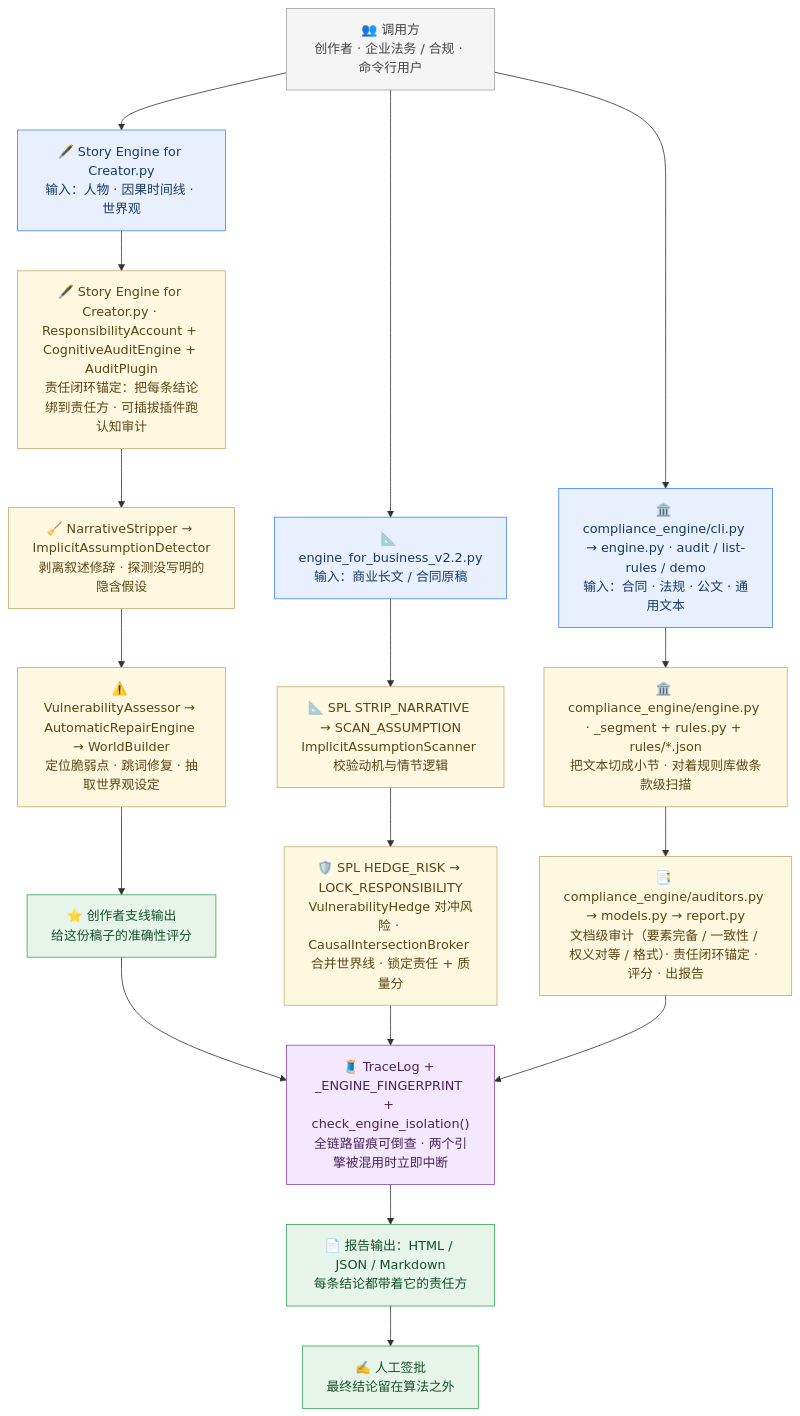
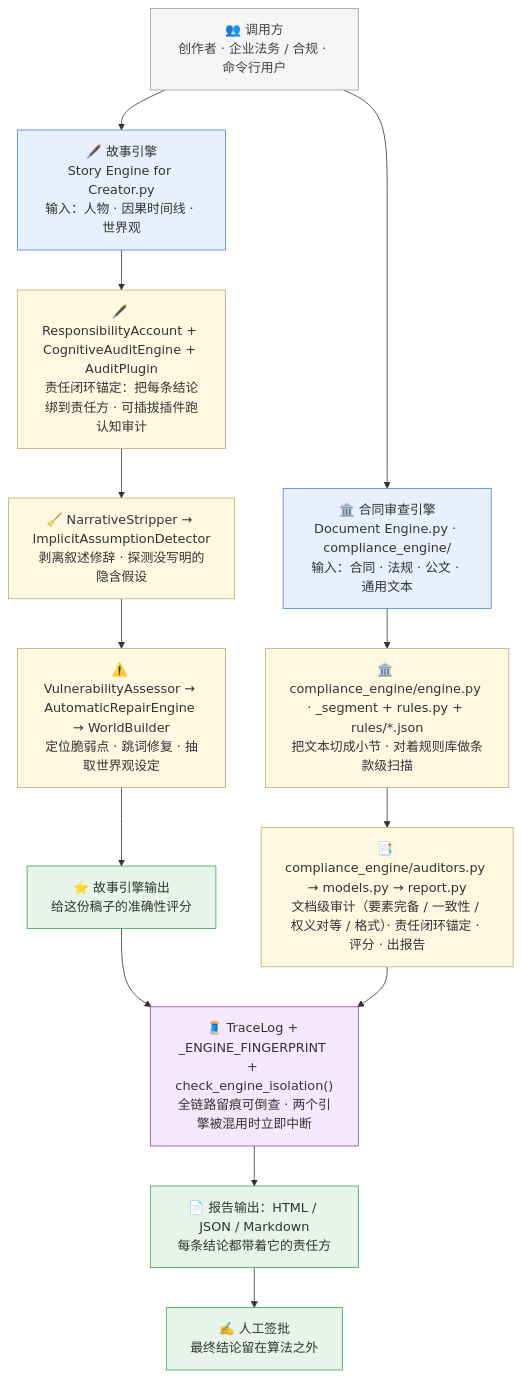
Before and after one commit to nohn3043-arch/ducument-engine: the diagram in README-zh.md, drawn with Mermaid. The commit also changed other lines of this file and 1 other file, not shown here.

Commit message:
docs: restructure README as one repo with two engines (Story Engine + Document Review Engine); remove dead references to engine for business.py

````diff
--- a/README-zh.md
+++ b/README-zh.md
@@ -43,50 +44,42 @@
 ```mermaid
 flowchart TB
     UP["👥 调用方<br/>创作者 · 企业法务 / 合规 · 命令行用户"]
 
-    CIN["🖋️ Story Engine for Creator.py<br/>输入：人物 · 因果时间线 · 世界观"]
-    C1["🖋️ Story Engine for Creator.py · ResponsibilityAccount + CognitiveAuditEngine + AuditPlugin<br/>责任闭环锚定：把每条结论绑到责任方 · 可插拔插件跑认知审计"]
+    CIN["🖋️ 故事引擎<br/>Story Engine for Creator.py<br/>输入：人物 · 因果时间线 · 世界观"]
+    C1["🖋️ ResponsibilityAccount + CognitiveAuditEngine + AuditPlugin<br/>责任闭环锚定：把每条结论绑到责任方 · 可插拔插件跑认知审计"]
     C2["🧹 NarrativeStripper → ImplicitAssumptionDetector<br/>剥离叙述修辞 · 探测没写明的隐含假设"]
     C3["⚠️ VulnerabilityAssessor → AutomaticRepairEngine → WorldBuilder<br/>定位脆弱点 · 跳词修复 · 抽取世界观设定"]
-    COUT["⭐ 创作者支线输出<br/>给这份稿子的准确性评分"]
+    COUT["⭐ 故事引擎输出<br/>给这份稿子的准确性评分"]
 
-    BIN["📐 engine_for_business_v2.2.py<br/>输入：商业长文 / 合同原稿"]
-    B1["📐 SPL STRIP_NARRATIVE → SCAN_ASSUMPTION<br/>ImplicitAssumptionScanner 校验动机与情节逻辑"]
-    B2["🛡️ SPL HEDGE_RISK → LOCK_RESPONSIBILITY<br/>VulnerabilityHedge 对冲风险 · CausalIntersectionBroker 合并世界线 · 锁定责任 + 质量分"]
-
-    DIN["🏛️ compliance_engine/cli.py → engine.py · audit / list-rules / demo<br/>输入：合同 · 法规 · 公文 · 通用文本"]
+    DIN["🏛️ 合同审查引擎<br/>Document Engine.py · compliance_engine/<br/>输入：合同 · 法规 · 公文 · 通用文本"]
     D1["🏛️ compliance_engine/engine.py · _segment + rules.py + rules/*.json<br/>把文本切成小节 · 对着规则库做条款级扫描"]
     D2["📑 compliance_engine/auditors.py → models.py → report.py<br/>文档级审计（要素完备 / 一致性 / 权义对等 / 格式）· 责任闭环锚定 · 评分 · 出报告"]
 
     SH["🧵 TraceLog + _ENGINE_FINGERPRINT + check_engine_isolation()<br/>全链路留痕可倒查 · 两个引擎被混用时立即中断"]
     OUT["📄 报告输出：HTML / JSON / Markdown<br/>每条结论都带着它的责任方"]
     HUMAN["✍️ 人工签批<br/>最终结论留在算法之外"]
 
     UP --> CIN
-    UP --> BIN
     UP --> DIN
     CIN --> C1
     C1 --> C2
     C2 --> C3
     C3 --> COUT
-    BIN --> B1
-    B1 --> B2
     DIN --> D1
     D1 --> D2
     COUT --> SH
-    B2 --> SH
     D2 --> SH
     SH --> OUT
     OUT --> HUMAN
 
     classDef cUp fill:#F5F5F5,stroke:#9E9E9E,stroke-width:1px,color:#424242
-    classDef cIn fill:#E8F0FE,stroke:#4285F4,stroke-width:1px,color:#173A66
-    classDef cCore fill:#FFF8E1,stroke:#C9A96E,stroke-width:1px,color:#5B4614
-    classDef cSide fill:#F3E8FD,stroke:#8E44AD,stroke-width:1px,color:#4A235A
-    classDef cOut fill:#E6F4EA,stroke:#34A853,stroke-width:1px,color:#14512B
+    classDef cIn fill:#E8F0FE,stroke:#4285F4,stroke-width:1px;color:#173A66
+    classDef cCore fill:#FFF8E1,stroke:#C9A96E,stroke-width:1px;color:#5B4614
+    classDef cSide fill:#F3E8FD,stroke:#8E44AD,stroke-width:1px;color:#4A235D
+    classDef cOut fill:#E6F4EA,stroke:#34A853,stroke-width:1px;color:#14512B
     class UP cUp
-    class CIN,BIN,DIN cIn
-    class C1,C2,C3,B1,B2,D1,D2 cCore
+    class CIN,DIN cIn
+    class C1,C2,C3,D1,D2 cCore
     class SH cSide
     class COUT,OUT,HUMAN cOut
 ```
````
